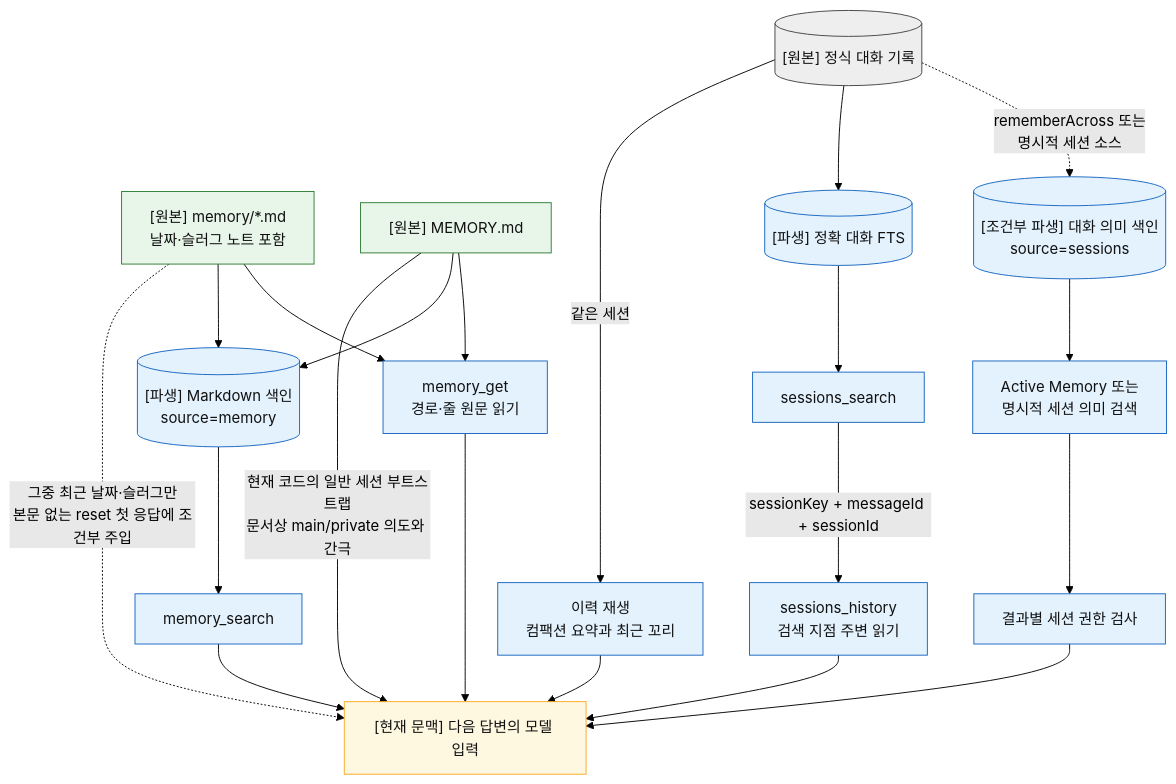
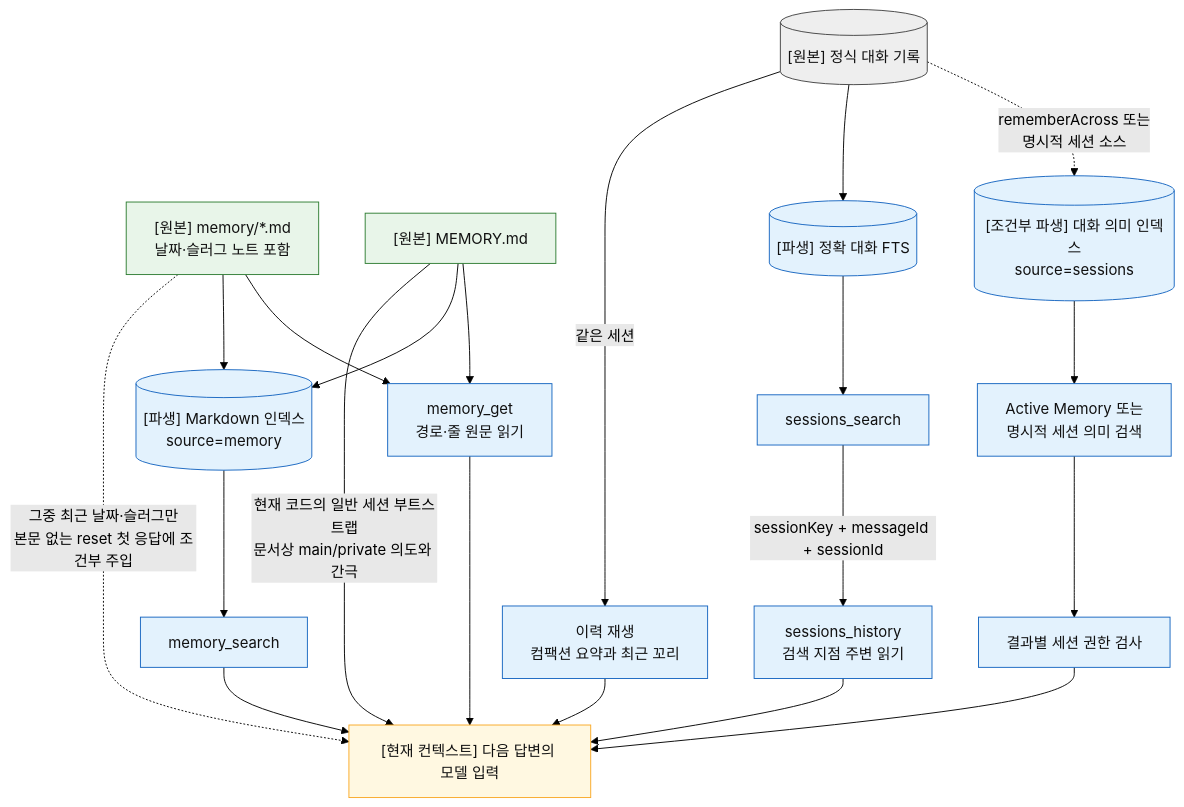
One commit to isingmodel/openclaw-memory-chronicle changed the second of 4 diagrams in openclaw-memory-ko/01-current-architecture.md. Above: the diagram before and after it, drawn with Mermaid (forest theme). The commit also changed other lines of this file and 17 other files, not shown here.

````diff
--- a/openclaw-memory-ko/01-current-architecture.md
+++ b/openclaw-memory-ko/01-current-architecture.md
@@ -226,39 +226,39 @@
 ```mermaid
 flowchart TB
     TR[("[원본] 정식 대화 기록")]
     MD["[원본] memory/*.md<br/>날짜·슬러그 노트 포함"]
     LONG["[원본] MEMORY.md"]
-    CTX["[현재 문맥] 다음 답변의 모델 입력"]
+    CTX["[현재 컨텍스트] 다음 답변의 모델 입력"]
 
     TR -->|"같은 세션"| REPLAY["이력 재생<br/>컴팩션 요약과 최근 꼬리"]
     REPLAY --> CTX
     LONG -->|"현재 코드의 일반 세션 부트스트랩<br/>문서상 main/private 의도와 간극"| CTX
     MD -.->|"그중 최근 날짜·슬러그만<br/>본문 없는 reset 첫 응답에 조건부 주입"| CTX
 
-    MD --> MIDX[("[파생] Markdown 색인<br/>source=memory")]
+    MD --> MIDX[("[파생] Markdown 인덱스<br/>source=memory")]
     LONG --> MIDX
     MIDX --> MS["memory_search"]
     MD --> MG["memory_get<br/>경로·줄 원문 읽기"]
     LONG --> MG
     MS --> CTX
     MG --> CTX
 
     TR --> EF[("[파생] 정확 대화 FTS")]
     EF --> SS["sessions_search"]
     SS -->|"sessionKey + messageId + sessionId"| SH["sessions_history<br/>검색 지점 주변 읽기"]
     SH --> CTX
 
-    TR -.->|"rememberAcross 또는<br/>명시적 세션 소스"| SIDX[("[조건부 파생] 대화 의미 색인<br/>source=sessions")]
+    TR -.->|"rememberAcross 또는<br/>명시적 세션 소스"| SIDX[("[조건부 파생] 대화 의미 인덱스<br/>source=sessions")]
     SIDX --> SR["Active Memory 또는<br/>명시적 세션 의미 검색"]
     SR --> AUTH["결과별 세션 권한 검사"]
     AUTH --> CTX
 
     classDef transcript fill:#eeeeee,stroke:#424242,color:#111
     classDef durable fill:#e8f5e9,stroke:#2e7d32,color:#111
     classDef derived fill:#e3f2fd,stroke:#1565c0,color:#111
     classDef context fill:#fff8e1,stroke:#f9a825,color:#111
     class TR transcript
     class MD,LONG durable
     class REPLAY,MIDX,MS,MG,EF,SS,SH,SIDX,SR,AUTH derived
     class CTX context
 ```
````
